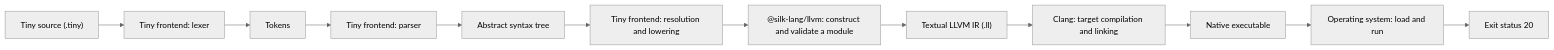
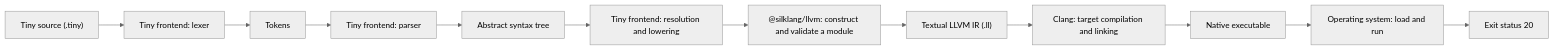
One commit to julia-script/silk changed the diagram in packages/llvm/docs/tutorials/tiny-language/01-meet-tiny.md. Above: the diagram before and after it, drawn with Mermaid (neutral theme). The commit also changed other lines of this file and 584 other files, not shown here.

````diff
--- a/packages/llvm/docs/tutorials/tiny-language/01-meet-tiny.md
+++ b/packages/llvm/docs/tutorials/tiny-language/01-meet-tiny.md
@@ -68,14 +68,14 @@
 ```mermaid
 flowchart LR
   source["Tiny source (.tiny)"] --> lexer["Tiny frontend: lexer"]
   lexer --> tokens["Tokens"]
   tokens --> parser["Tiny frontend: parser"]
   parser --> ast["Abstract syntax tree"]
   ast --> lowering["Tiny frontend: resolution and lowering"]
-  lowering --> builder["@silk-lang/llvm: construct and validate a module"]
+  lowering --> builder["@silklang/llvm: construct and validate a module"]
   builder --> ir["Textual LLVM IR (.ll)"]
   ir --> clang["Clang: target compilation and linking"]
   clang --> executable["Native executable"]
   executable --> os["Operating system: load and run"]
   os --> result["Exit status 20"]
 ```
````
